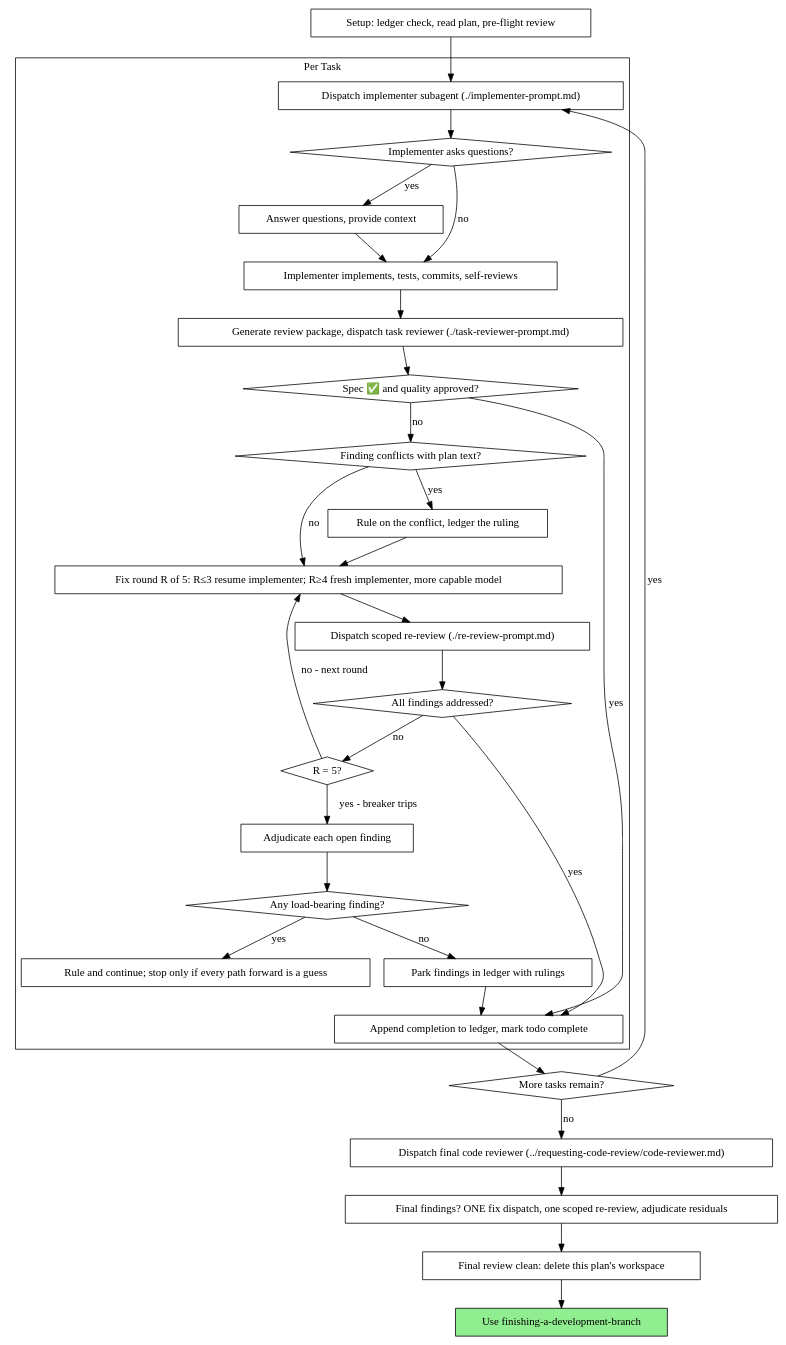
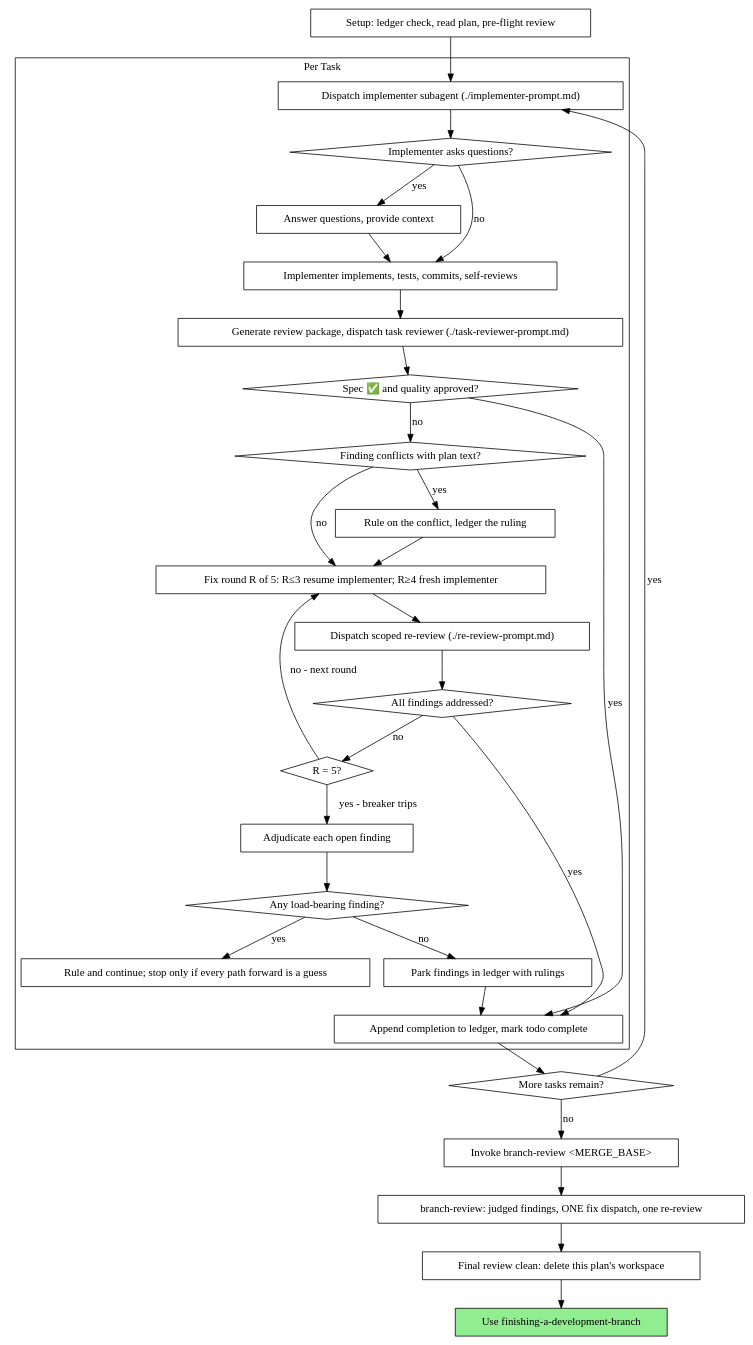
The second of 2 diagrams in skills/subagent-driven-development/SKILL.md (VerusK/claude-skills), drawn with Graphviz before and after one commit. The commit also changed other lines of this file and 5 other files, not shown here.

Commit message:
fix(skills): route SDD graph to branch-review, drop model-tier escalation wording

````diff
--- a/skills/subagent-driven-development/SKILL.md
+++ b/skills/subagent-driven-development/SKILL.md
@@ -53,62 +53,62 @@
 ```dot
 digraph process {
     rankdir=TB;
 
     subgraph cluster_per_task {
         label="Per Task";
         "Dispatch implementer subagent (./implementer-prompt.md)" [shape=box];
         "Implementer asks questions?" [shape=diamond];
         "Answer questions, provide context" [shape=box];
         "Implementer implements, tests, commits, self-reviews" [shape=box];
         "Generate review package, dispatch task reviewer (./task-reviewer-prompt.md)" [shape=box];
         "Spec ✅ and quality approved?" [shape=diamond];
         "Finding conflicts with plan text?" [shape=diamond];
         "Rule on the conflict, ledger the ruling" [shape=box];
-        "Fix round R of 5: R≤3 resume implementer; R≥4 fresh implementer, more capable model" [shape=box];
+        "Fix round R of 5: R≤3 resume implementer; R≥4 fresh implementer" [shape=box];
         "Dispatch scoped re-review (./re-review-prompt.md)" [shape=box];
         "All findings addressed?" [shape=diamond];
         "R = 5?" [shape=diamond];
         "Adjudicate each open finding" [shape=box];
         "Any load-bearing finding?" [shape=diamond];
         "Rule and continue; stop only if every path forward is a guess" [shape=box];
         "Park findings in ledger with rulings" [shape=box];
         "Append completion to ledger, mark todo complete" [shape=box];
     }
 
     "Setup: ledger check, read plan, pre-flight review" [shape=box];
     "More tasks remain?" [shape=diamond];
-    "Dispatch final code reviewer (../requesting-code-review/code-reviewer.md)" [shape=box];
-    "Final findings? ONE fix dispatch, one scoped re-review, adjudicate residuals" [shape=box];
+    "Invoke branch-review <MERGE_BASE>" [shape=box];
+    "branch-review: judged findings, ONE fix dispatch, one re-review" [shape=box];
     "Final review clean: delete this plan's workspace" [shape=box];
     "Use finishing-a-development-branch" [shape=box style=filled fillcolor=lightgreen];
 
     "Setup: ledger check, read plan, pre-flight review" -> "Dispatch implementer subagent (./implementer-prompt.md)";
     "Dispatch implementer subagent (./implementer-prompt.md)" -> "Implementer asks questions?";
     "Implementer asks questions?" -> "Answer questions, provide context" [label="yes"];
     "Answer questions, provide context" -> "Implementer implements, tests, commits, self-reviews";
     "Implementer asks questions?" -> "Implementer implements, tests, commits, self-reviews" [label="no"];
     "Implementer implements, tests, commits, self-reviews" -> "Generate review package, dispatch task reviewer (./task-reviewer-prompt.md)";
     "Generate review package, dispatch task reviewer (./task-reviewer-prompt.md)" -> "Spec ✅ and quality approved?";
     "Spec ✅ and quality approved?" -> "Append completion to ledger, mark todo complete" [label="yes"];
     "Spec ✅ and quality approved?" -> "Finding conflicts with plan text?" [label="no"];
     "Finding conflicts with plan text?" -> "Rule on the conflict, ledger the ruling" [label="yes"];
-    "Rule on the conflict, ledger the ruling" -> "Fix round R of 5: R≤3 resume implementer; R≥4 fresh implementer, more capable model";
-    "Finding conflicts with plan text?" -> "Fix round R of 5: R≤3 resume implementer; R≥4 fresh implementer, more capable model" [label="no"];
-    "Fix round R of 5: R≤3 resume implementer; R≥4 fresh implementer, more capable model" -> "Dispatch scoped re-review (./re-review-prompt.md)";
+    "Rule on the conflict, ledger the ruling" -> "Fix round R of 5: R≤3 resume implementer; R≥4 fresh implementer";
+    "Finding conflicts with plan text?" -> "Fix round R of 5: R≤3 resume implementer; R≥4 fresh implementer" [label="no"];
+    "Fix round R of 5: R≤3 resume implementer; R≥4 fresh implementer" -> "Dispatch scoped re-review (./re-review-prompt.md)";
     "Dispatch scoped re-review (./re-review-prompt.md)" -> "All findings addressed?";
     "All findings addressed?" -> "Append completion to ledger, mark todo complete" [label="yes"];
     "All findings addressed?" -> "R = 5?" [label="no"];
-    "R = 5?" -> "Fix round R of 5: R≤3 resume implementer; R≥4 fresh implementer, more capable model" [label="no - next round"];
+    "R = 5?" -> "Fix round R of 5: R≤3 resume implementer; R≥4 fresh implementer" [label="no - next round"];
     "R = 5?" -> "Adjudicate each open finding" [label="yes - breaker trips"];
     "Adjudicate each open finding" -> "Any load-bearing finding?";
     "Any load-bearing finding?" -> "Rule and continue; stop only if every path forward is a guess" [label="yes"];
     "Any load-bearing finding?" -> "Park findings in ledger with rulings" [label="no"];
     "Park findings in ledger with rulings" -> "Append completion to ledger, mark todo complete";
     "Append completion to ledger, mark todo complete" -> "More tasks remain?";
     "More tasks remain?" -> "Dispatch implementer subagent (./implementer-prompt.md)" [label="yes"];
-    "More tasks remain?" -> "Dispatch final code reviewer (../requesting-code-review/code-reviewer.md)" [label="no"];
-    "Dispatch final code reviewer (../requesting-code-review/code-reviewer.md)" -> "Final findings? ONE fix dispatch, one scoped re-review, adjudicate residuals";
-    "Final findings? ONE fix dispatch, one scoped re-review, adjudicate residuals" -> "Final review clean: delete this plan's workspace";
+    "More tasks remain?" -> "Invoke branch-review <MERGE_BASE>" [label="no"];
+    "Invoke branch-review <MERGE_BASE>" -> "branch-review: judged findings, ONE fix dispatch, one re-review";
+    "branch-review: judged findings, ONE fix dispatch, one re-review" -> "Final review clean: delete this plan's workspace";
     "Final review clean: delete this plan's workspace" -> "Use finishing-a-development-branch";
 }
 ```
````
